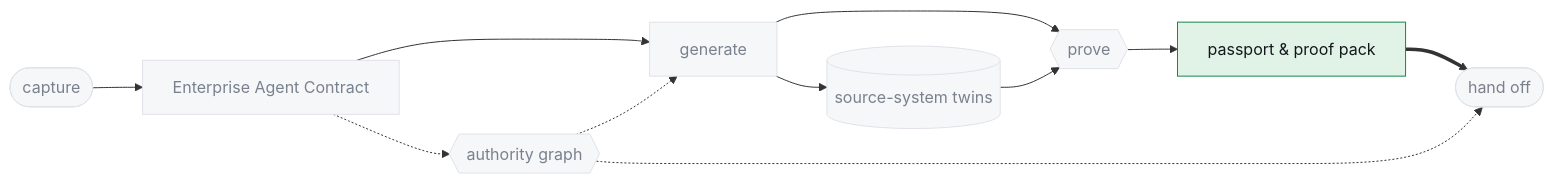
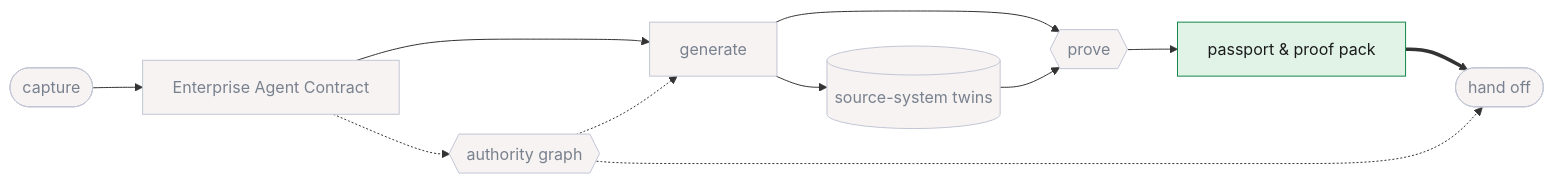
One commit to vamsiramakrishnan/ge-agent-factory changed the diagram in docs/diagrams-src/signature-pipeline-agent-passport-and-proof-pack.mmd. Above: the diagram before and after it, drawn with Mermaid. The commit also changed 75 other files, not shown here.

```diff
--- a/docs/diagrams-src/signature-pipeline-agent-passport-and-proof-pack.mmd
+++ b/docs/diagrams-src/signature-pipeline-agent-passport-and-proof-pack.mmd
@@ -1,25 +1,25 @@
 flowchart LR
     CAP(["capture"])
     CONTRACT["Enterprise Agent Contract"]
     GEN["generate"]
     TWIN[("source-system twins")]
     PROVE{{"prove"}}
     PASSPORT["passport & proof pack"]
     HANDOFF(["hand off"])
     AUTH{{"authority graph"}}
 
     CAP --> CONTRACT
     CONTRACT --> GEN
     GEN --> TWIN
     GEN --> PROVE
     TWIN --> PROVE
     PROVE --> PASSPORT
     PASSPORT ==> HANDOFF
     CONTRACT -.-> AUTH
     AUTH -.-> GEN
     AUTH -.-> HANDOFF
 
-    classDef proof fill:#e1f3e7,stroke:#16874a,color:#14171c
-    classDef dim fill:#f6f7f9,stroke:#dfe2e8,color:#79818e
+    classDef proof fill:#e1f3e7,stroke:#16874a,color:#1b1c1c
+    classDef dim fill:#f6f3f2,stroke:#c2c6d4,color:#79818e
     class PASSPORT proof
     class CAP,CONTRACT,GEN,TWIN,PROVE,HANDOFF,AUTH dim
```
